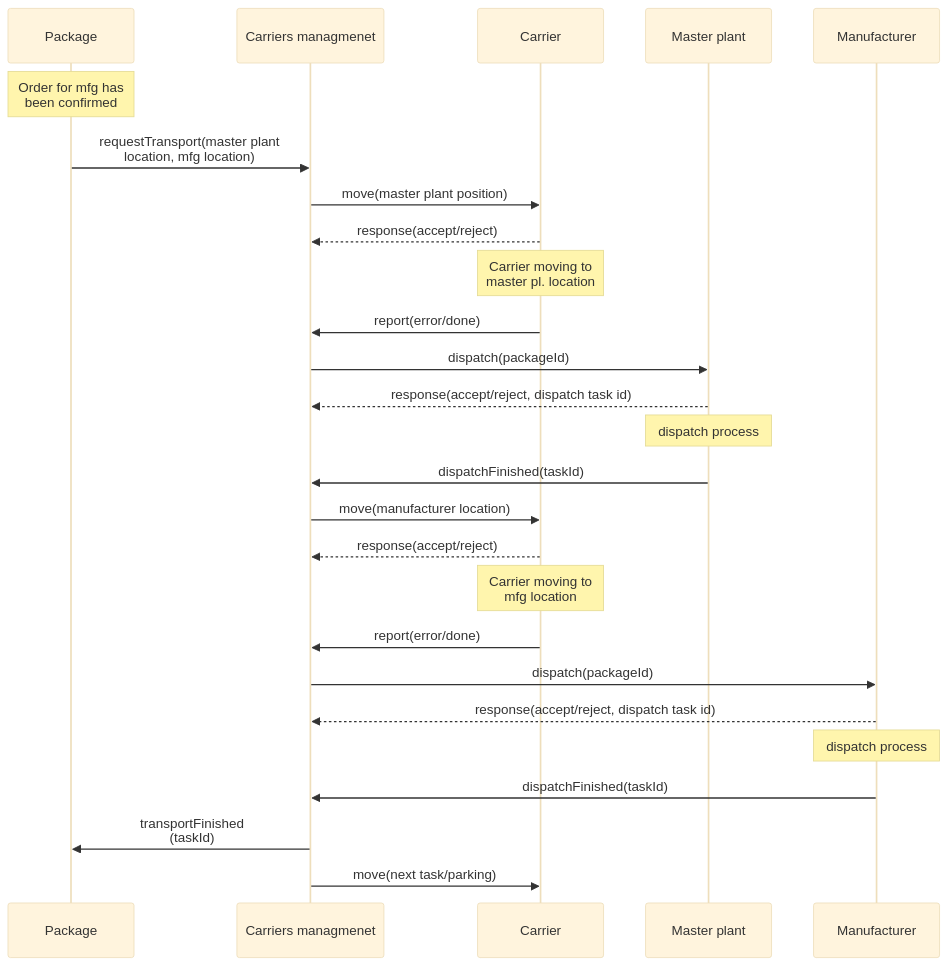
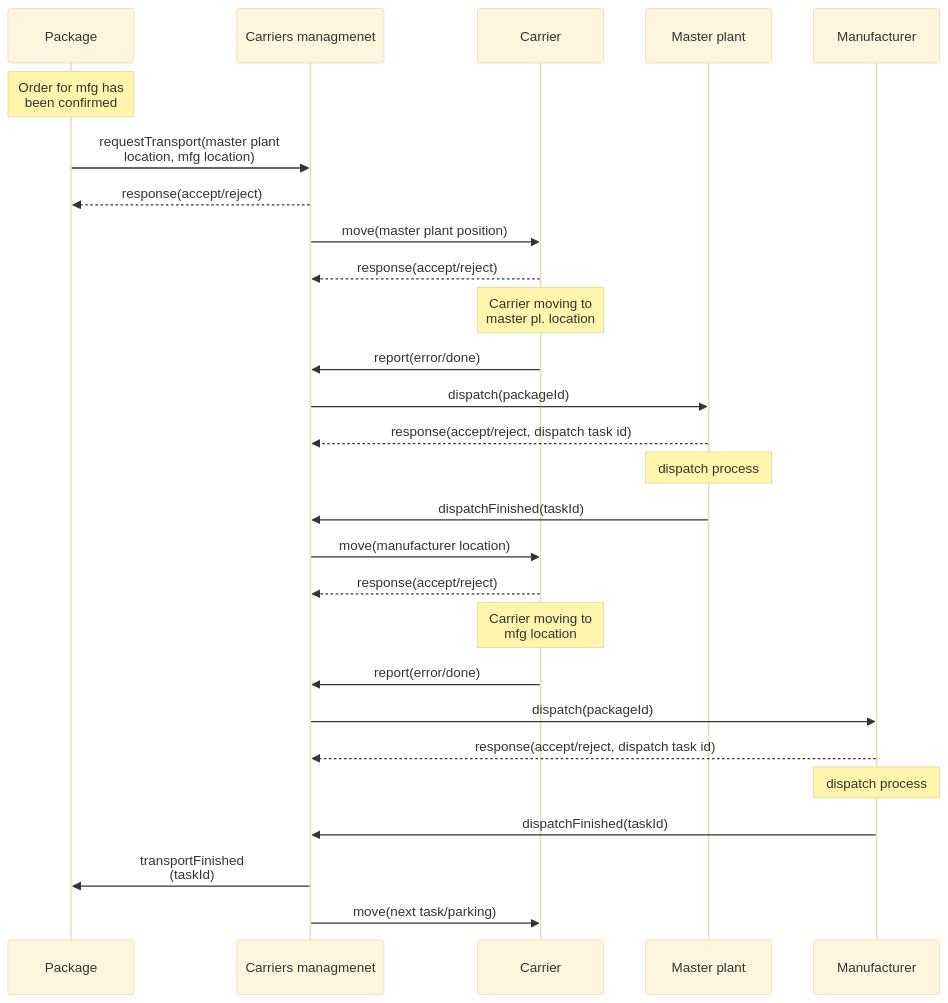
One commit to fsprojekti/shr-mfg-platform changed the second of 2 diagrams in README.md. Above: the diagram before and after it, drawn with Mermaid (base theme). The commit also changed other lines of this file, not shown here.

````diff
--- a/README.md
+++ b/README.md
@@ -75,32 +74,33 @@
 ```mermaid
 
 sequenceDiagram
 participant P as Package
     Note over P: Order for mfg has<br> been confirmed
 participant C as Carriers managmenet
 participant A as Carrier
 participant O as Master plant 
 participant M as Manufacturer 
 
 P->>C: requestTransport(master plant <br>location, mfg location)
+C-->>P: response(accept/reject)
 C->>A: move(master plant position)
 A-->>C: response(accept/reject)
 Note over A: Carrier moving to <br>master pl. location
 A->>C: report(error/done)
 C->>O: dispatch(packageId)
 O-->>C: response(accept/reject, dispatch task id)
 Note over O: dispatch process
 O->>C: dispatchFinished(taskId)
 C->>A: move(manufacturer location)
 
 A-->>C: response(accept/reject)
 Note over A: Carrier moving to <br>mfg location
 A->>C: report(error/done)
 C->>M: dispatch(packageId)
 M-->>C: response(accept/reject, dispatch task id)
 Note over M: dispatch process
 M->>C: dispatchFinished(taskId)
 C->>P: transportFinished <br>(taskId)
 C->>A: move(next task/parking)
 
 ```
````
